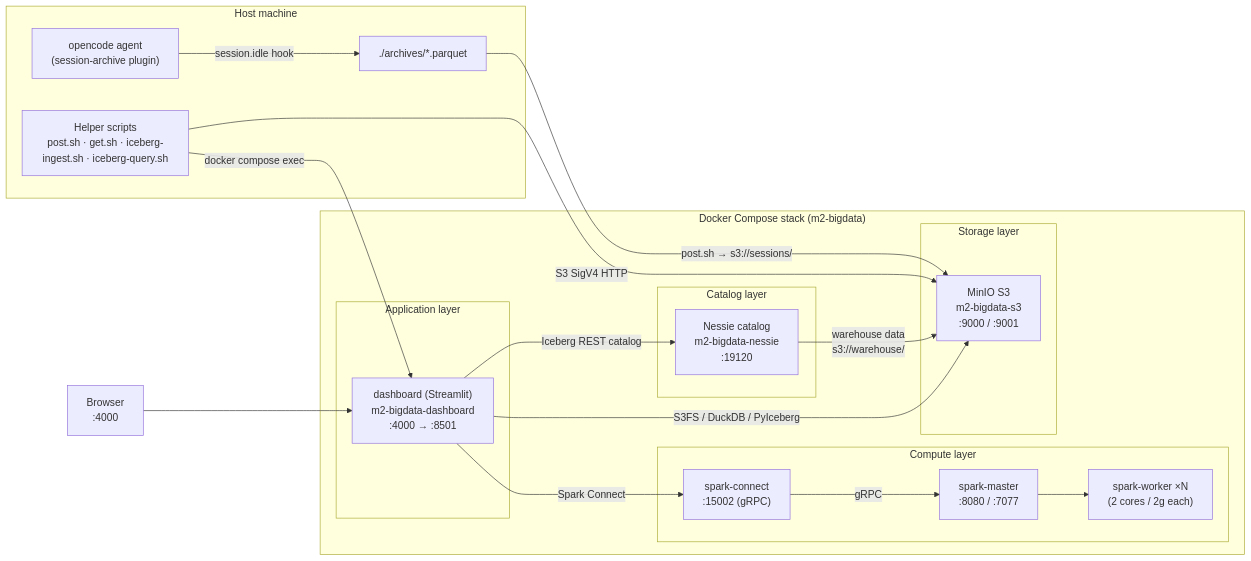
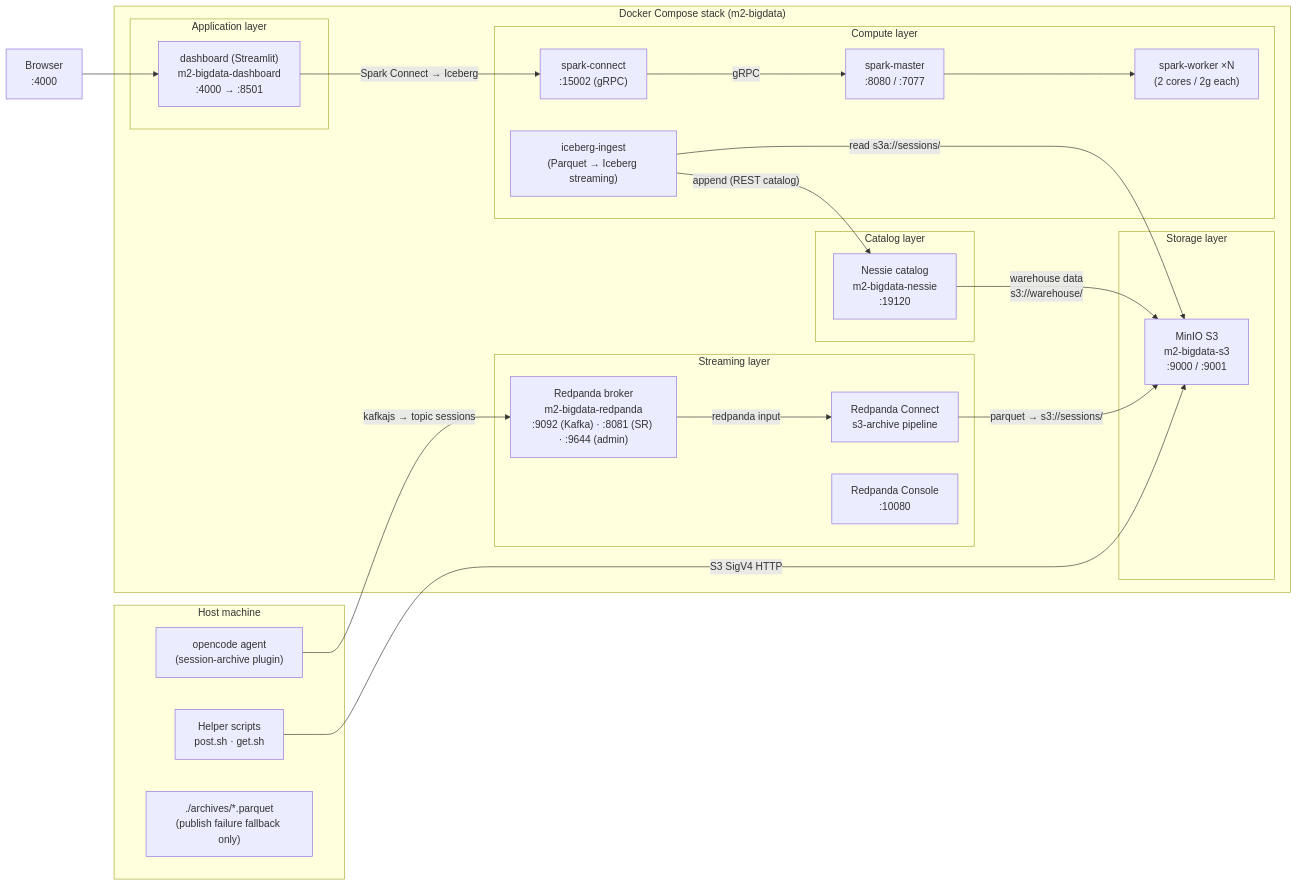
One commit to ogene70/m2_bigdata changed the first of 6 diagrams in docs/architecture.md. Above: the diagram before and after it, drawn with Mermaid. The commit also changed other lines of this file and 29 other files, not shown here.

First line of the commit message:
feat: implement Redpanda-driven session archival pipeline and update Lakehouse dashboard

````diff
--- a/docs/architecture.md
+++ b/docs/architecture.md
@@ -9,40 +9,45 @@
 ```mermaid
 flowchart LR
     subgraph Host["Host machine"]
         OP["opencode agent<br/>(session-archive plugin)"]
-        SH["Helper scripts<br/>post.sh · get.sh · iceberg-ingest.sh · iceberg-query.sh"]
-        ARC["./archives/*.parquet"]
+        SH["Helper scripts<br/>post.sh · get.sh"]
+        ARC["./archives/*.parquet<br/>(publish failure fallback only)"]
     end
 
     subgraph Stack["Docker Compose stack (m2-bigdata)"]
+        subgraph Streaming["Streaming layer"]
+            RP["Redpanda broker<br/>m2-bigdata-redpanda<br/>:9092 (Kafka) · :8081 (SR) · :9644 (admin)"]
+            RPC["Redpanda Connect<br/>s3-archive pipeline"]
+            CPC["Redpanda Console<br/>:10080"]
+        end
         subgraph Storage["Storage layer"]
             S3["MinIO S3<br/>m2-bigdata-s3<br/>:9000 / :9001"]
         end
         subgraph Catalog["Catalog layer"]
             NESSIE["Nessie catalog<br/>m2-bigdata-nessie<br/>:19120"]
         end
         subgraph Compute["Compute layer"]
             SM["spark-master<br/>:8080 / :7077"]
             SW["spark-worker ×N<br/>(2 cores / 2g each)"]
             SC["spark-connect<br/>:15002 (gRPC)"]
+            III["iceberg-ingest<br/>(Parquet → Iceberg streaming)"]
         end
         subgraph App["Application layer"]
             DASH["dashboard (Streamlit)<br/>m2-bigdata-dashboard<br/>:4000 → :8501"]
         end
     end
 
     UI["Browser<br/>:4000"]
 
-    OP -->|"session.idle hook"| ARC
-    ARC -->|"post.sh → s3://sessions/"| S3
-    SH -->|S3 SigV4 HTTP| S3
-    SH -->|"docker compose exec"| DASH
-
+    OP -->|"kafkajs → topic sessions"| RP
+    RP -->|"redpanda input"| RPC
+    RPC -->|"parquet → s3://sessions/"| S3
+    III -->|"read s3a://sessions/"| S3
+    III -->|"append (REST catalog)"| NESSIE
     NESSIE -->|"warehouse data<br/>s3://warehouse/"| S3
     SM --> SW
     SC -->|"gRPC"| SM
-    DASH -->|"Iceberg REST catalog"| NESSIE
-    DASH -->|"S3FS / DuckDB / PyIceberg"| S3
-    DASH -->|"Spark Connect"| SC
+    DASH -->|"Spark Connect → Iceberg"| SC
     UI --> DASH
+    SH -->|S3 SigV4 HTTP| S3
 ```
````
